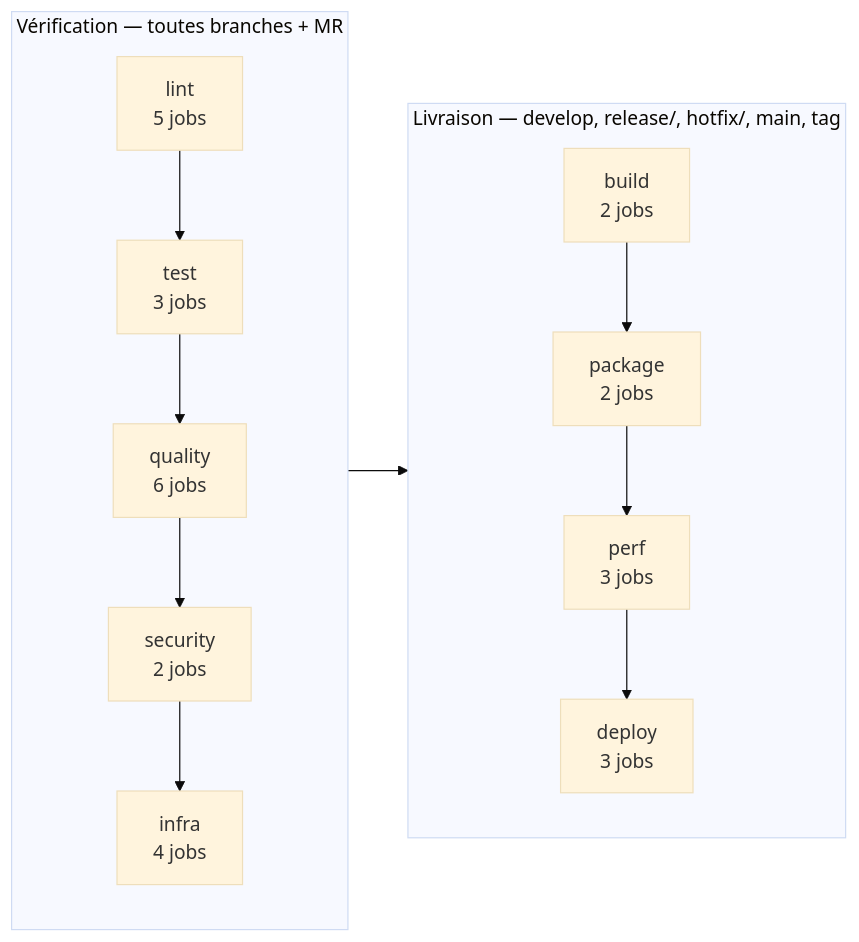
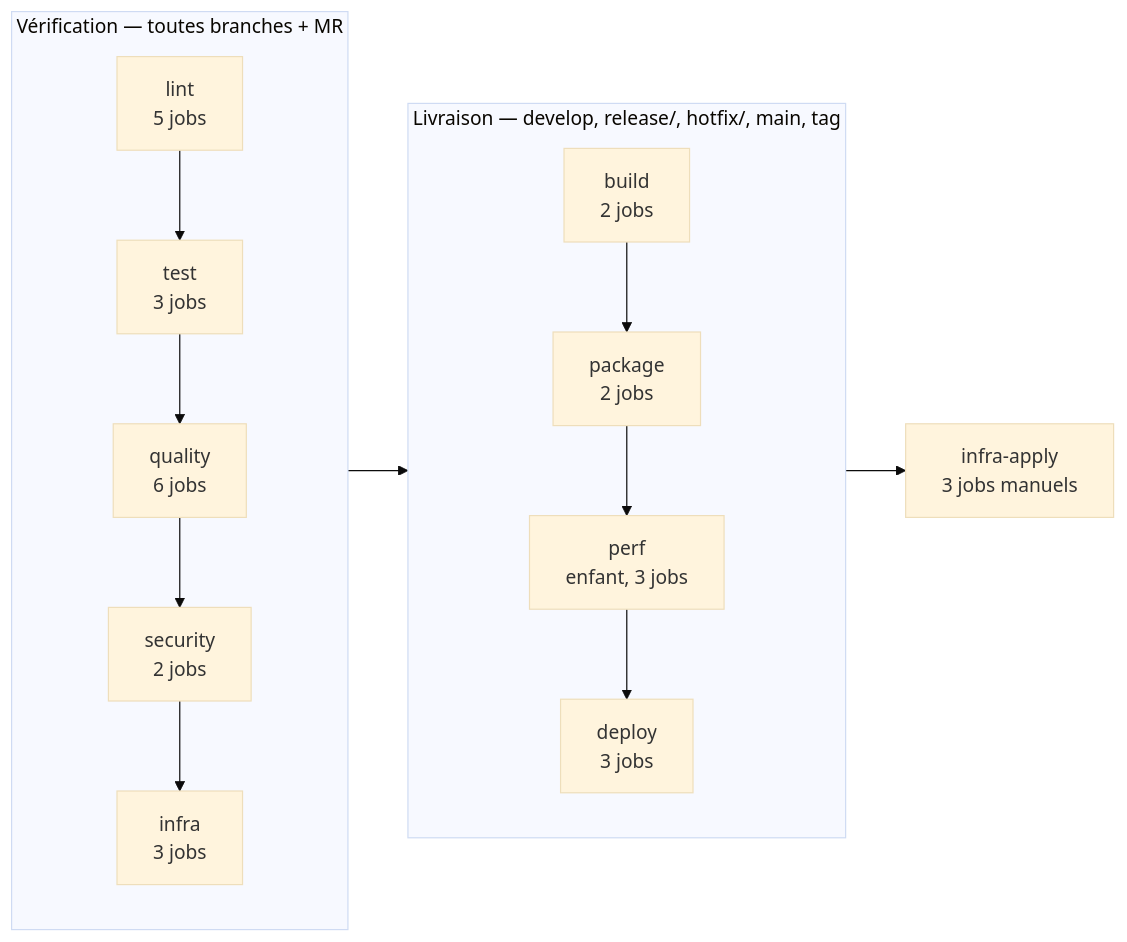
One commit to TedPasquiet/G-rez-le-cycle-de-vie-de-d-veloppement-logiciel changed the first of 3 diagrams in docs/pipeline-ci.md. Above: the diagram before and after it, drawn with Mermaid (base theme). The commit also changed other lines of this file and 22 other files, not shown here.

Commit message:
refactor(ci): découpe le pipeline en 13 fichiers et le passe en graphe

````diff
--- a/docs/pipeline-ci.md
+++ b/docs/pipeline-ci.md
@@ -39,10 +49,11 @@
 ```mermaid
 flowchart LR
     subgraph V["Vérification — toutes branches + MR"]
-        l["lint<br/>5 jobs"] --> t["test<br/>3 jobs"] --> q["quality<br/>6 jobs"] --> s["security<br/>2 jobs"] --> i["infra<br/>4 jobs"]
+        l["lint<br/>5 jobs"] --> t["test<br/>3 jobs"] --> q["quality<br/>6 jobs"] --> s["security<br/>2 jobs"] --> i["infra<br/>3 jobs"]
     end
     subgraph C["Livraison — develop, release/, hotfix/, main, tag"]
-        b["build<br/>2 jobs"] --> p["package<br/>2 jobs"] --> f["perf<br/>3 jobs"] --> d["deploy<br/>3 jobs"]
+        b["build<br/>2 jobs"] --> p["package<br/>2 jobs"] --> f["perf<br/>enfant, 3 jobs"] --> d["deploy<br/>3 jobs"]
     end
     V --> C
+    C --> a["infra-apply<br/>3 jobs manuels"]
 ```
````
